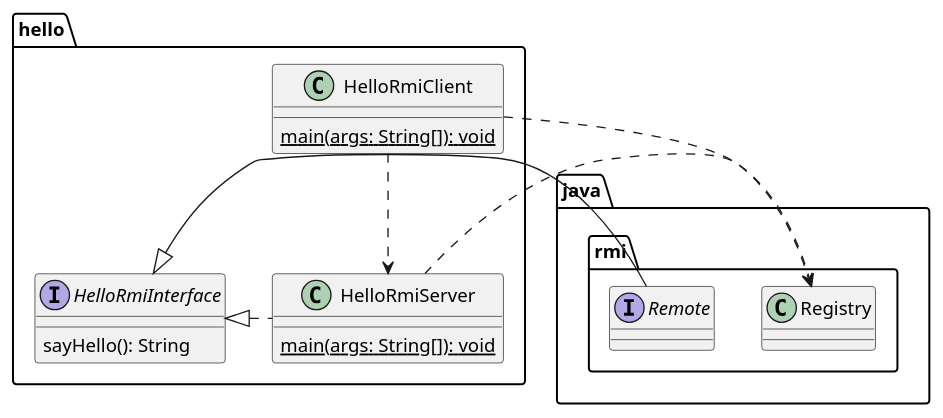
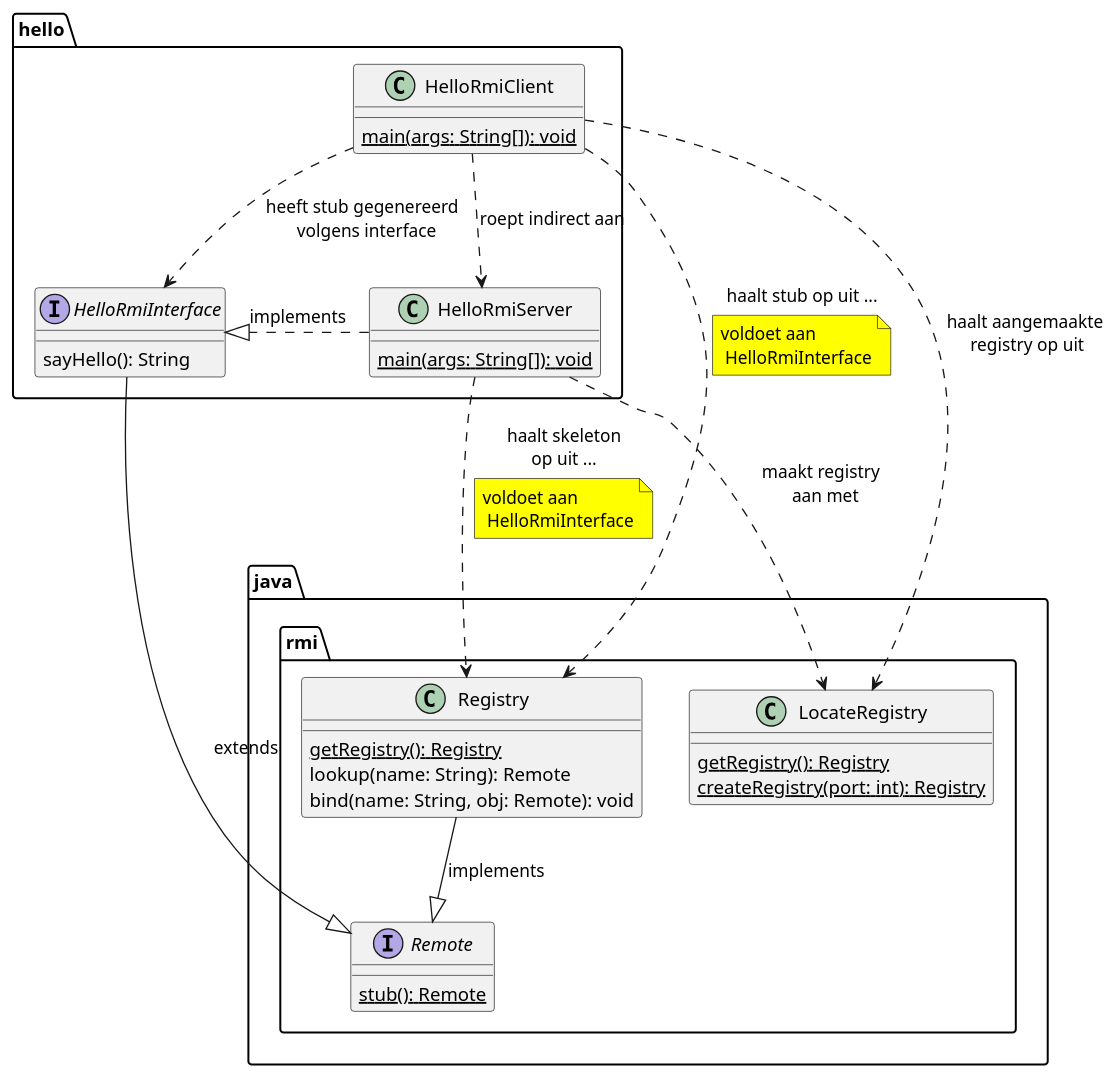
One commit to bartvanderwal/java-rmi changed the diagram in plaatjes/rmi-classes.puml. Above: the diagram before and after it, drawn with PlantUML. The commit also changed 16 other files, not shown here.

```diff
--- a/plaatjes/rmi-classes.puml
+++ b/plaatjes/rmi-classes.puml
@@ -1,20 +1,37 @@
 @startuml class
-class java.rmi.registry as "Registry"
-interface java.rmi.Remote as "Remote"
+class java.rmi.registry as "Registry" {
+    {static} getRegistry(): Registry
+    lookup(name: String): Remote
+    bind(name: String, obj: Remote): void
+}
+interface java.rmi.Remote as "Remote" {
+    {static} stub(): Remote
+}
+class java.rmi.locateRegistry as "LocateRegistry" {
+    {static} getRegistry(): Registry
+    {static} createRegistry(port: int): Registry
+}
 
-interface hello.hello as "HelloRmiInterface" {
+interface hello.helloInterface as "HelloRmiInterface" {
     sayHello(): String
 }
 class hello.server as "HelloRmiServer" {
     {static} main(args: String[]): void 
 }
 class hello.client as "HelloRmiClient" {
     {static} main(args: String[]): void 
 }
 
-java.rmi.Remote --|> hello.hello
-hello.hello <|. server
-client ..> server
-client ..> registry
-server ..> registry
+registry --|> Remote: implements
+java.rmi.Remote <|-- hello.helloInterface: extends
+server .|> hello.helloInterface: implements
+client ..> server: roept indirect aan
+client ..> registry: haalt stub op uit ... 
+note on link #yellow: voldoet aan\n HelloRmiInterface
+server ..> registry: haalt skeleton\nop uit ...
+note on link #yellow: voldoet aan\n HelloRmiInterface
+client ..> locateRegistry: haalt aangemaakte \nregistry op uit
+server ..> locateRegistry: maakt registry \n aan met
+client ..> helloInterface: heeft stub gegenereerd \n volgens interface
+
 @enduml
```
